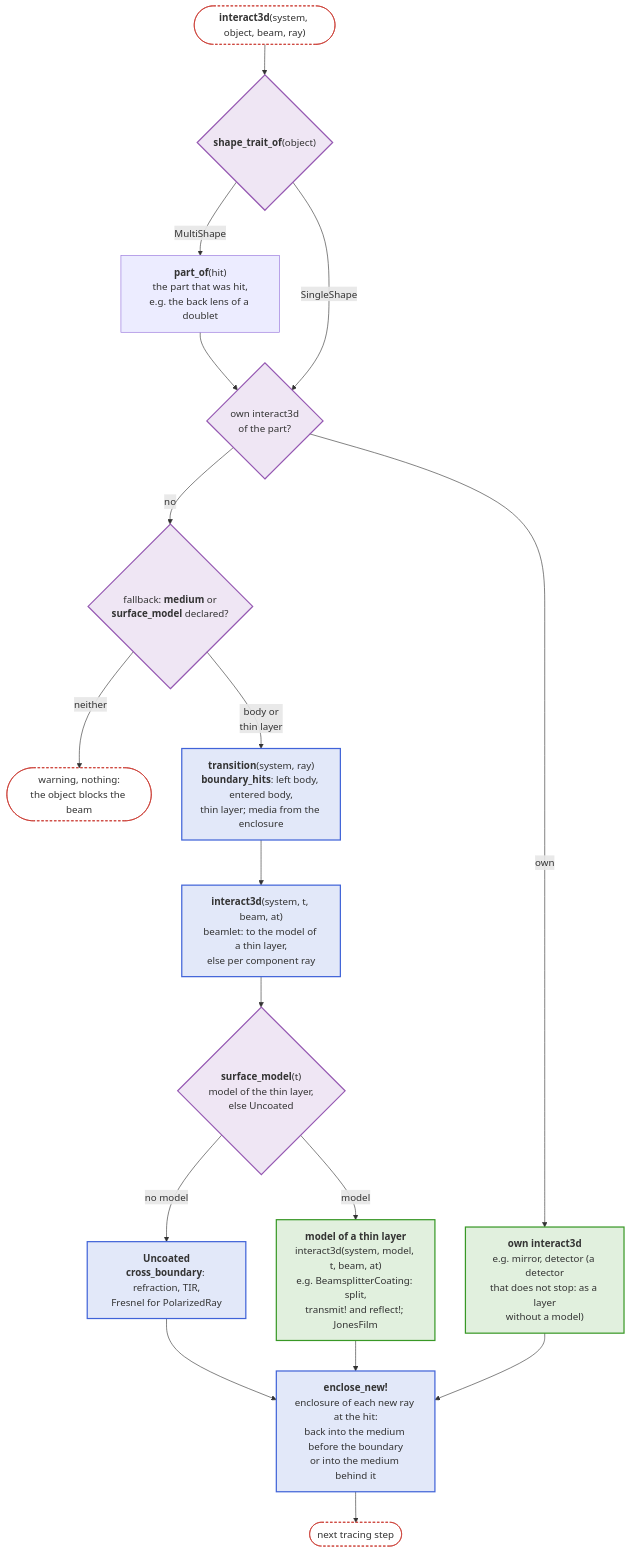
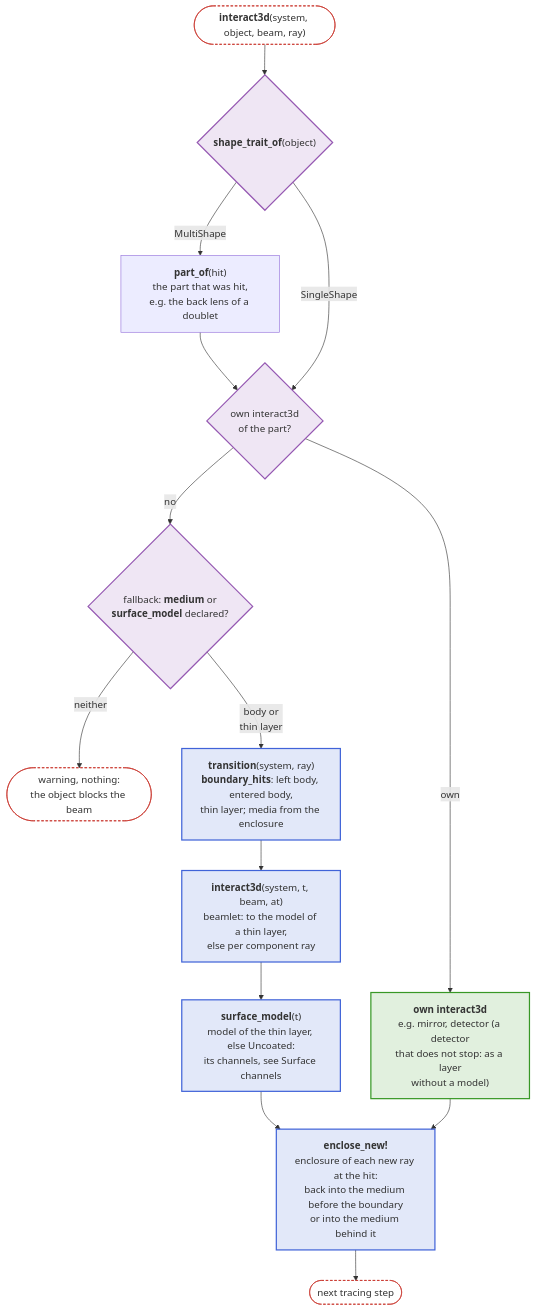
Before and after one commit to JuliaPhysics/BeamletOptics.jl: the fourth of 8 diagrams in docs/src/api/core.md, drawn with Mermaid. The commit also changed other lines of this file and 17 other files, not shown here.

First line of the commit message:
Feature: power cutoff, reflection phase convention, docs of the surface channels (#167 step 5, part 4/5)

````diff
--- a/docs/src/api/core.md
+++ b/docs/src/api/core.md
@@ -198,37 +198,33 @@
 ```mermaid
 flowchart TB
     IA(["<b>interact3d</b>(system, object, beam, ray)"])
     MS{"<b>shape_trait_of</b>(object)"}
     PO["<b>part_of</b>(hit)<br/>the part that was hit,<br/>e.g. the back lens of a doublet"]
     K{"own interact3d<br/>of the part?"}
     HK{"fallback: <b>medium</b> or<br/><b>surface_model</b> declared?"}
     W(["warning, nothing:<br/>the object blocks the beam"])
     TR["<b>transition</b>(system, ray)<br/><b>boundary_hits</b>: left body, entered body,<br/>thin layer; media from the enclosure"]
     BOUND["<b>interact3d</b>(system, t, beam, at)<br/>beamlet: to the model of a thin layer,<br/>else per component ray"]
-    SM{"<b>surface_model</b>(t)<br/>model of the thin layer,<br/>else Uncoated"}
-    UNC["<b>Uncoated</b><br/><b>cross_boundary</b>: refraction, TIR,<br/>Fresnel for PolarizedRay"]
-    MOD["<b>model of a thin layer</b><br/>interact3d(system, model, t, beam, at)<br/>e.g. BeamsplitterCoating: split,<br/>transmit! and reflect!; JonesFilm"]
+    SM["<b>surface_model</b>(t)<br/>model of the thin layer, else Uncoated:<br/>its channels, see Surface channels"]
     OWN["<b>own interact3d</b><br/>e.g. mirror, detector (a detector<br/>that does not stop: as a layer<br/>without a model)"]
     ENC["<b>enclose_new!</b><br/>enclosure of each new ray at the hit:<br/>back into the medium before the boundary<br/>or into the medium behind it"]
     E([next tracing step])
 
     IA --> MS
     MS -- MultiShape --> PO --> K
     MS -- SingleShape --> K
     K -- "no" --> HK
     HK -- "neither" --> W
-    HK -- "body or<br/>thin layer" --> TR --> BOUND --> SM
-    SM -- "no model" --> UNC --> ENC
-    SM -- "model" --> MOD --> ENC
+    HK -- "body or<br/>thin layer" --> TR --> BOUND --> SM --> ENC
     K -- "own" --> OWN --> ENC
     ENC --> E
 
     classDef blue fill:#4063D826,stroke:#4063D8,stroke-width:2px
     classDef green fill:#38982626,stroke:#389826,stroke-width:2px
     classDef purple fill:#9558B226,stroke:#9558B2,stroke-width:2px
     classDef terminal fill:transparent,stroke:#CB3C33,stroke-width:1.5px,stroke-dasharray:4 3
-    class TR,BOUND,UNC,ENC blue
-    class MOD,OWN green
-    class MS,K,HK,SM purple
+    class TR,BOUND,SM,ENC blue
+    class OWN green
+    class MS,K,HK purple
     class IA,E,W terminal
 ```
````
